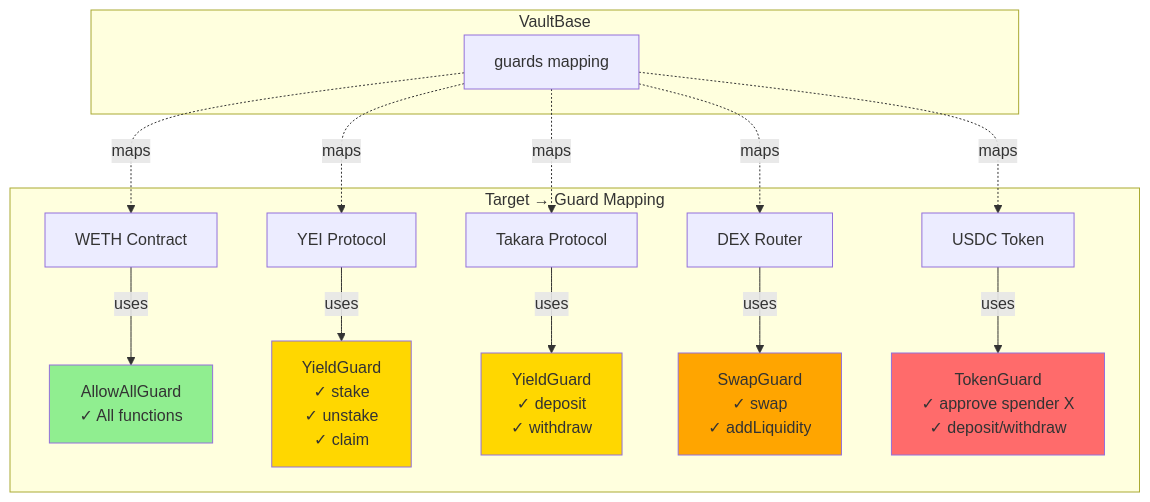
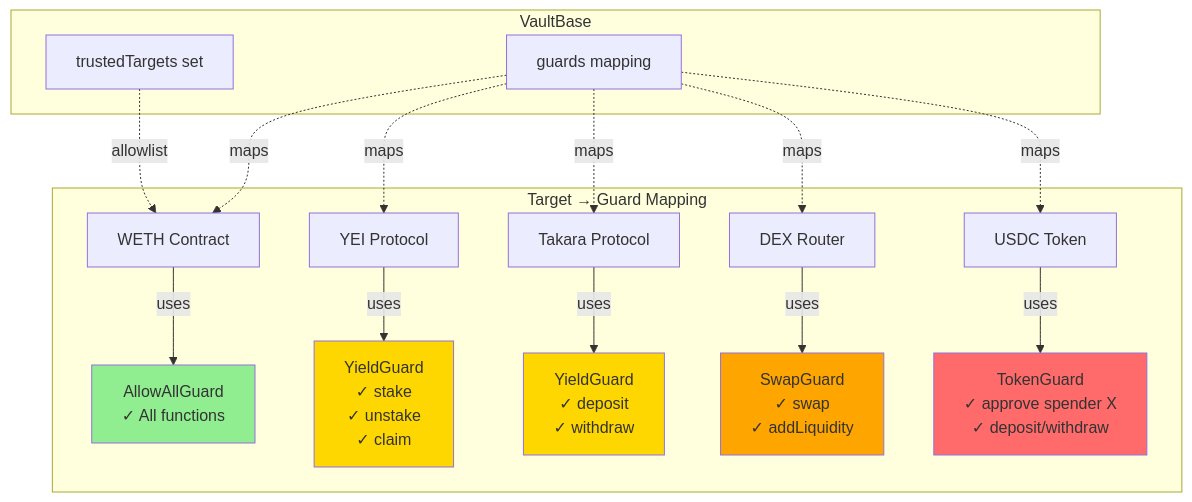
One commit to elitraOS/elitra-core changed the third of 6 diagrams in specs/manage-security.md. Above: the diagram before and after it, drawn with Mermaid. The commit also changed other lines of this file and 28 other files, not shown here.

````diff
--- a/specs/manage-security.md
+++ b/specs/manage-security.md
@@ -136,38 +137,40 @@
 ```mermaid
 graph TB
     subgraph VaultBase
         VM[guards mapping]
+        TT[trustedTargets set]
     end
 
     subgraph "Target → Guard Mapping"
         T1[WETH Contract]
         T2[YEI Protocol]
         T3[Takara Protocol]
         T4[DEX Router]
         T5[USDC Token]
 
         G1[AllowAllGuard<br/>✓ All functions]
         G2[YieldGuard<br/>✓ stake<br/>✓ unstake<br/>✓ claim]
         G3[YieldGuard<br/>✓ deposit<br/>✓ withdraw]
         G4[SwapGuard<br/>✓ swap<br/>✓ addLiquidity]
         G5[TokenGuard<br/>✓ approve spender X<br/>✓ deposit/withdraw]
     end
 
     VM -.->|maps| T1
     VM -.->|maps| T2
     VM -.->|maps| T3
     VM -.->|maps| T4
     VM -.->|maps| T5
+    TT -.->|allowlist| T1
 
     T1 -->|uses| G1
     T2 -->|uses| G2
     T3 -->|uses| G3
     T4 -->|uses| G4
     T5 -->|uses| G5
 
     style G1 fill:#90EE90
     style G2 fill:#FFD700
     style G3 fill:#FFD700
     style G4 fill:#FFA500
     style G5 fill:#FF6B6B
 ```
````
